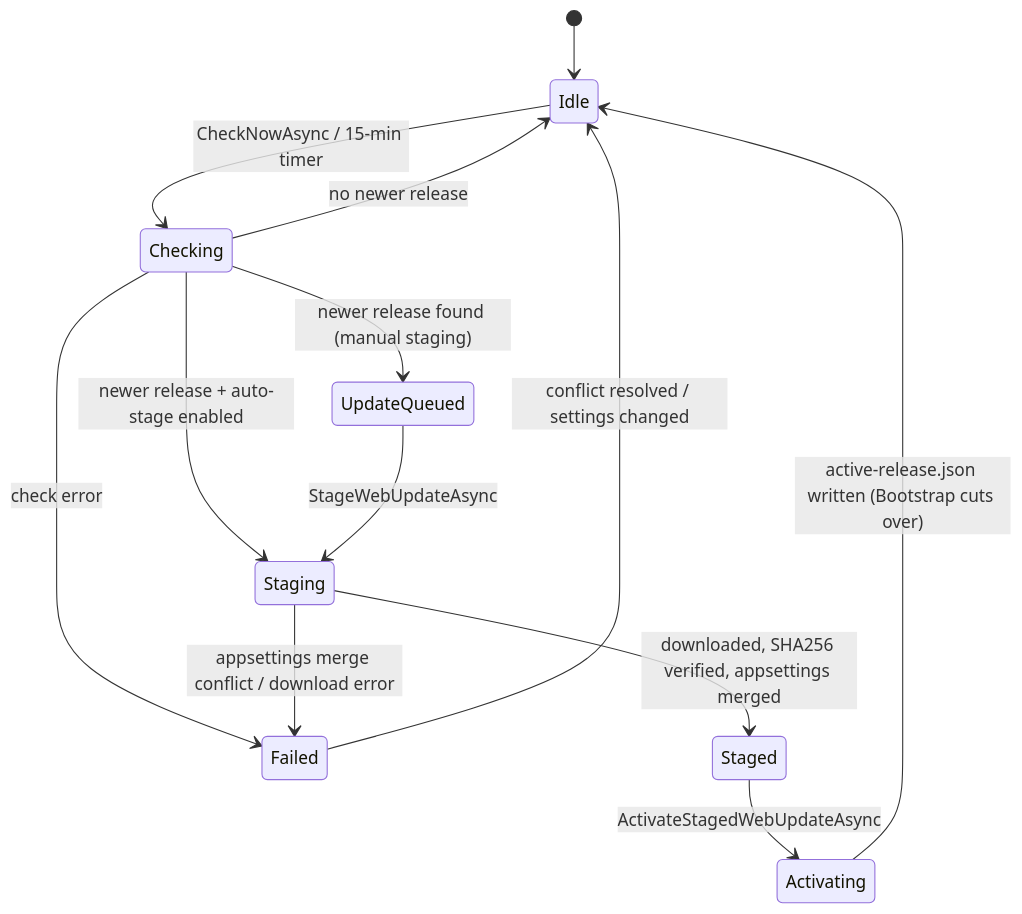
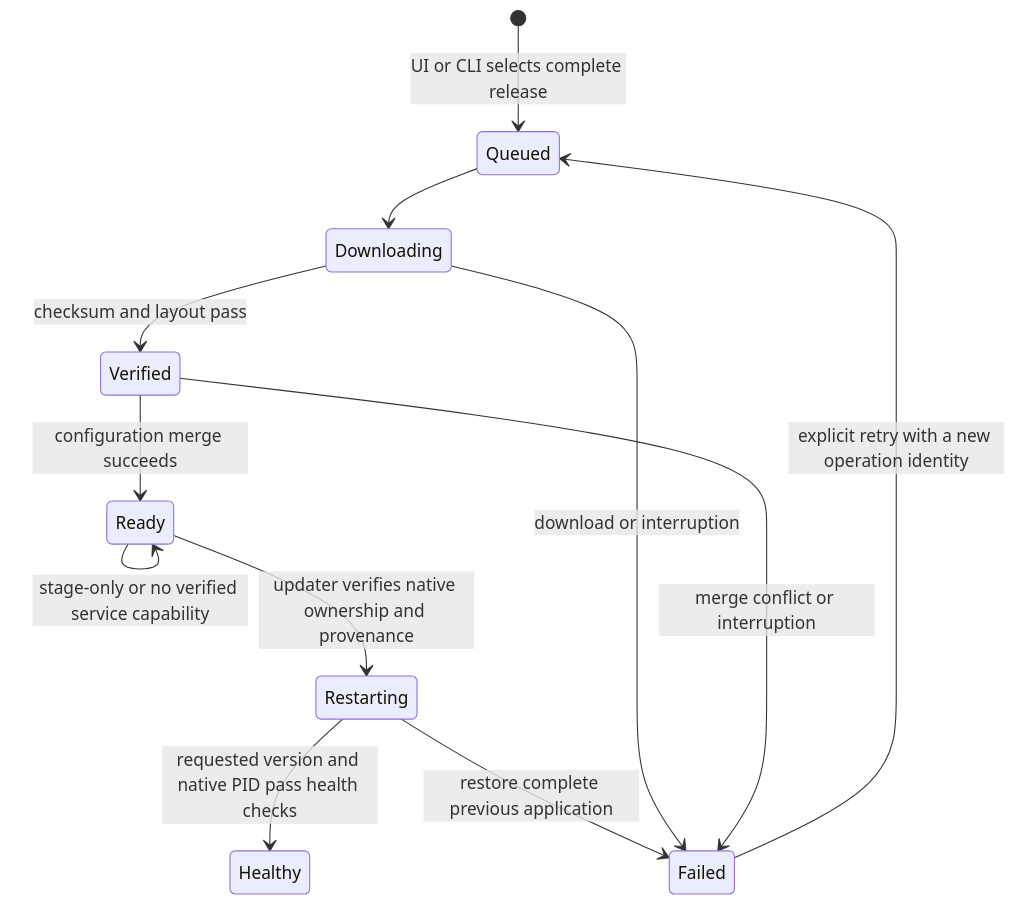
Before and after one commit to CometWorks/quasar: the diagram in Docs/StateMachines/SelfUpdateAndRelease.md, drawn with Mermaid. The commit also changed other lines of this file and 81 other files, not shown here.

````diff
--- a/Docs/StateMachines/SelfUpdateAndRelease.md
+++ b/Docs/StateMachines/SelfUpdateAndRelease.md
@@ -23,15 +14,14 @@
 ```mermaid
 stateDiagram-v2
-    [*] --> Idle
-    Idle --> Checking: CheckNowAsync / 15-min timer
-    Checking --> Idle: no newer release
-    Checking --> UpdateQueued: newer release found (manual staging)
-    Checking --> Staging: newer release + auto-stage enabled
-    Checking --> Failed: check error
-    UpdateQueued --> Staging: StageWebUpdateAsync
-    Staging --> Staged: downloaded, SHA256 verified, appsettings merged
-    Staging --> Failed: appsettings merge conflict / download error
-    Staged --> Activating: ActivateStagedWebUpdateAsync
-    Activating --> Idle: active-release.json written (Bootstrap cuts over)
-    Failed --> Idle: conflict resolved / settings changed
+    [*] --> Queued: UI or CLI selects complete release
+    Queued --> Downloading
+    Downloading --> Verified: checksum and layout pass
+    Verified --> Ready: configuration merge succeeds
+    Ready --> Ready: stage-only or no verified service capability
+    Ready --> Restarting: updater verifies native ownership and provenance
+    Restarting --> Healthy: requested version and native PID pass health checks
+    Restarting --> Failed: restore complete previous application
+    Downloading --> Failed: download or interruption
+    Verified --> Failed: merge conflict or interruption
+    Failed --> Queued: explicit retry with a new operation identity
 ```
````
